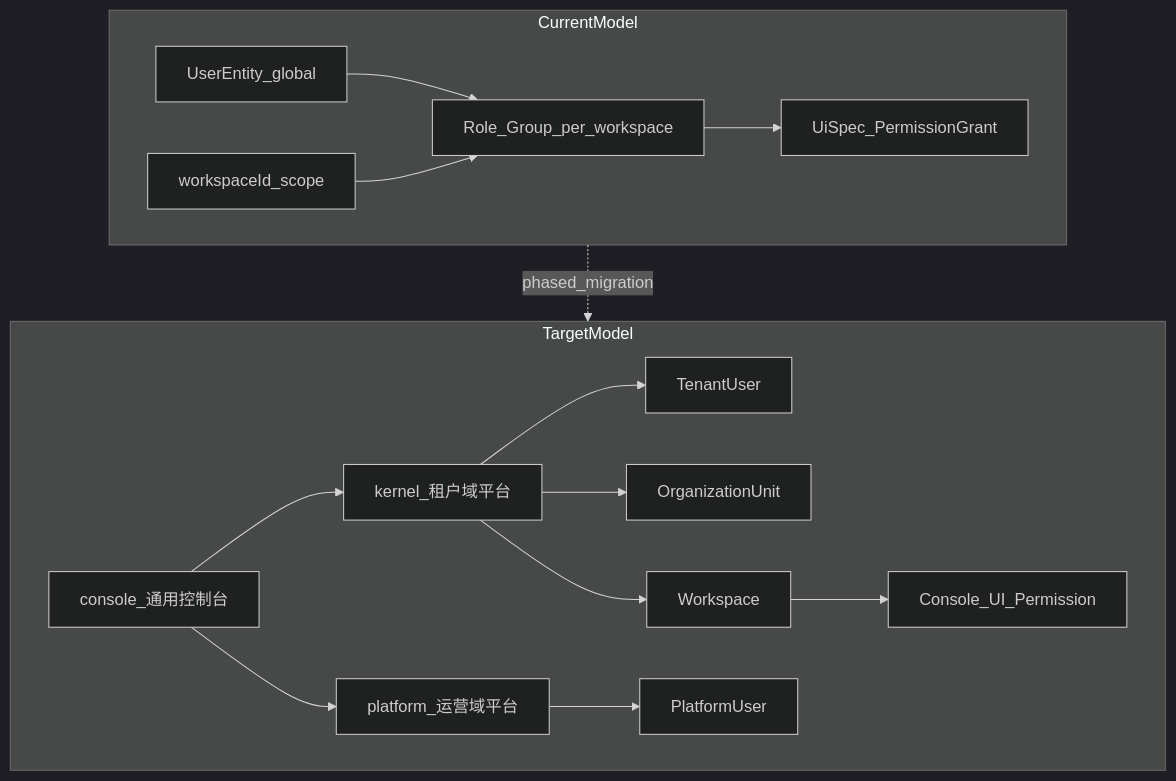
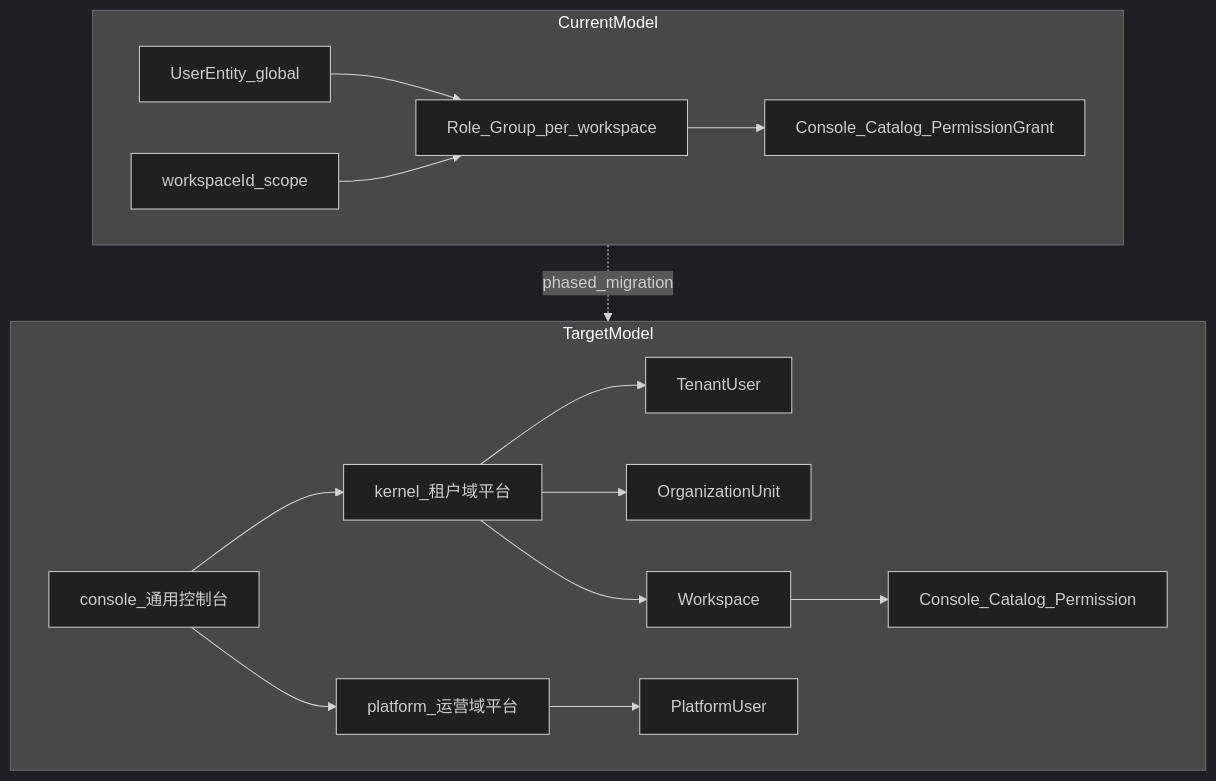
One commit to innospots/innospots-nexus changed the first of 9 diagrams in docs/design/multi-tenant-governance-design.md. Above: the diagram before and after it, drawn with Mermaid (dark theme). The commit also changed other lines of this file and 374 other files, not shown here.

````diff
--- a/docs/design/multi-tenant-governance-design.md
+++ b/docs/design/multi-tenant-governance-design.md
@@ -93,32 +94,32 @@
 ```mermaid
 flowchart TB
     subgraph current [CurrentModel]
         UserGlobal[UserEntity_global]
         ProjectScope[workspaceId_scope]
         RoleGroup[Role_Group_per_workspace]
-        UiPerm[UiSpec_PermissionGrant]
+        CatalogGrant[Console_Catalog_PermissionGrant]
         UserGlobal --> RoleGroup
         ProjectScope --> RoleGroup
-        RoleGroup --> UiPerm
+        RoleGroup --> CatalogGrant
     end
 
     subgraph target [TargetModel]
         ConsoleMod[console_通用控制台]
         PortalMod[kernel_租户域平台]
         PlatformMod[platform_运营域平台]
         PlatUser[PlatformUser]
         TenantUser[TenantUser]
         OrgUnit[OrganizationUnit]
         Workspace[Workspace]
-        ConsolePerm[Console_UI_Permission]
+        ConsolePerm[Console_Catalog_Permission]
         ConsoleMod --> PortalMod
         ConsoleMod --> PlatformMod
         PortalMod --> TenantUser
         PortalMod --> OrgUnit
         PortalMod --> Workspace
         PlatformMod --> PlatUser
         Workspace --> ConsolePerm
     end
 
     current -.->|phased_migration| target
 ```
````
